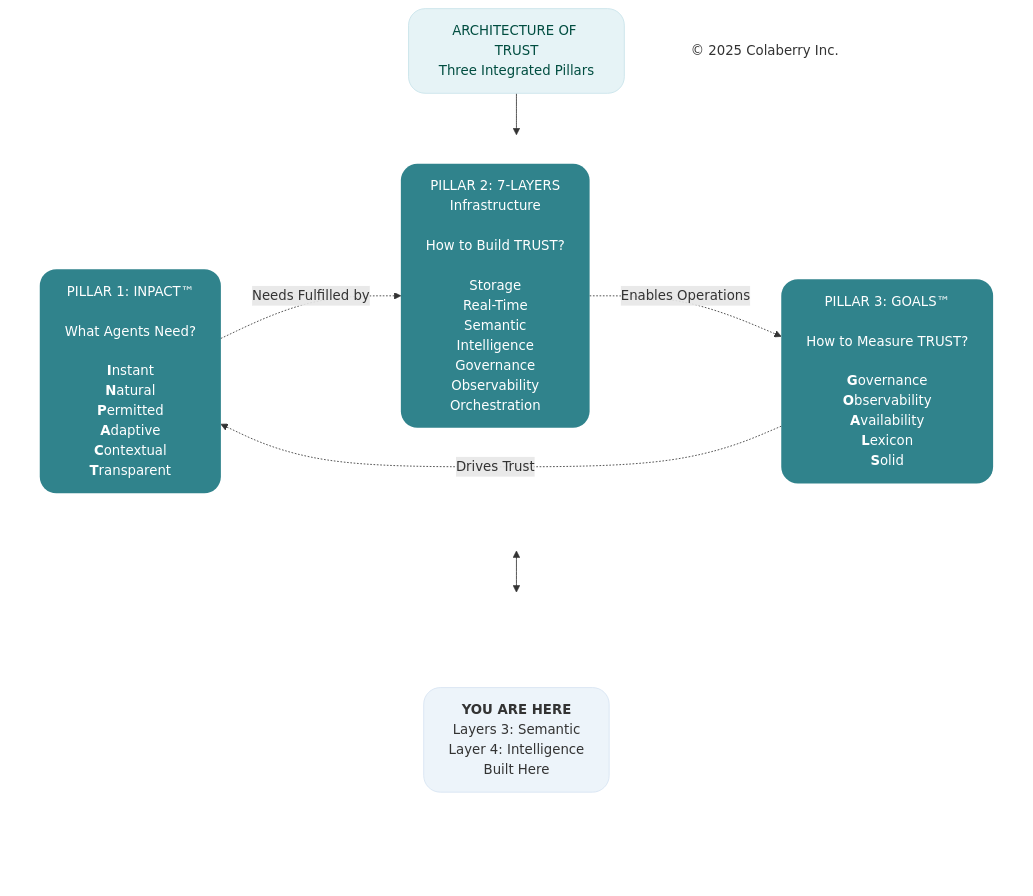
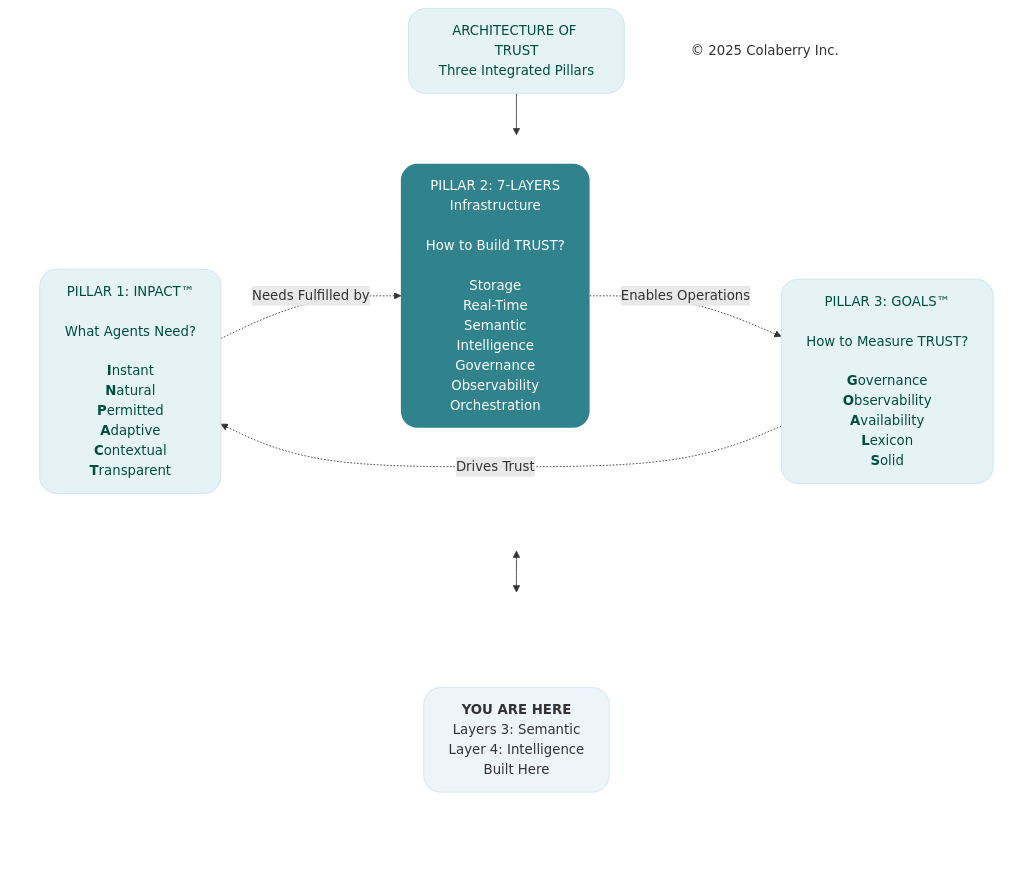
Before and after one commit to saitejesh-cyber/trust-before-intelligence-book: the diagram in mermaid-source/figure-5-2.mmd, drawn with Mermaid. The commit also changed other lines of this file and 5 other files, not shown here.

```diff
--- a/mermaid-source/figure-5-2.mmd
+++ b/mermaid-source/figure-5-2.mmd
@@ -1,40 +1,40 @@
 
 
 graph TB
     Title["ARCHITECTURE OF TRUST<br/>Three Integrated Pillars"]
     
     subgraph PILLARS[" "]
         direction LR
         INPACT["`PILLAR 1: INPACT™<br/><br/>What Agents Need?<br/><br/>**I**nstant<br/>**N**atural<br/>**P**ermitted<br/>**A**daptive<br/>**C**ontextual<br/>**T**ransparent`"]
         
         Layers["PILLAR 2: 7-LAYERS<br/>Infrastructure<br/><br/>How to Build TRUST?<br/><br/>Storage<br/>Real-Time<br/>Semantic<br/>Intelligence<br/>Governance<br/>Observability<br/>Orchestration"]
         
         GOALS["`PILLAR 3: GOALS™<br/><br/>How to Measure TRUST?<br/><br/>**G**overnance<br/>**O**bservability<br/>**A**vailability<br/>**L**exicon<br/>**S**olid`"]
     end
     
     subgraph INDICATOR[" "]
         direction LR
         Spacer1[" "]
         YouAreHere["<b>YOU ARE HERE</b><br/>Layers 3: Semantic <br/> Layer 4: Intelligence<br/> Built Here"]
         Spacer2[" "]
     end
     
     Copyright["© 2025 Colaberry Inc."]
     
     Title --> PILLARS
     PILLARS <--> INDICATOR
     
     INPACT -.->|"Needs Fulfilled by"| Layers
     Layers -.->|"Enables Operations"| GOALS
     GOALS -.->|"Drives Trust"| INPACT
 
     style Title fill:#e6f3f6,stroke:#c7e3ea,stroke-width:1px,color:#004d40,rx:20,ry:20
     style PILLARS fill:none,stroke:none
     style INDICATOR fill:none,stroke:none
-    style INPACT fill:#30838C,stroke:none,color:#ffffff,rx:20,ry:20
+    style INPACT fill:#e6f3f6,stroke:#c7e3ea,stroke-width:1px,color:#004d40,rx:20,ry:20
     style Layers fill:#30838C,stroke:none,color:#ffffff,rx:20,ry:20
-    style GOALS fill:#30838C,stroke:none,color:#ffffff,rx:20,ry:20
+    style GOALS fill:#e6f3f6,stroke:#c7e3ea,stroke-width:1px,color:#004d40,rx:20,ry:20
     style Spacer1 fill:none,stroke:none,color:transparent
     style YouAreHere fill:#edf4fa,stroke:#d6e4f2,stroke-width:1px,color:#333333,rx:20,ry:20
     style Spacer2 fill:none,stroke:none,color:transparent
     style Copyright fill:none,stroke:none,color:#333333
```
